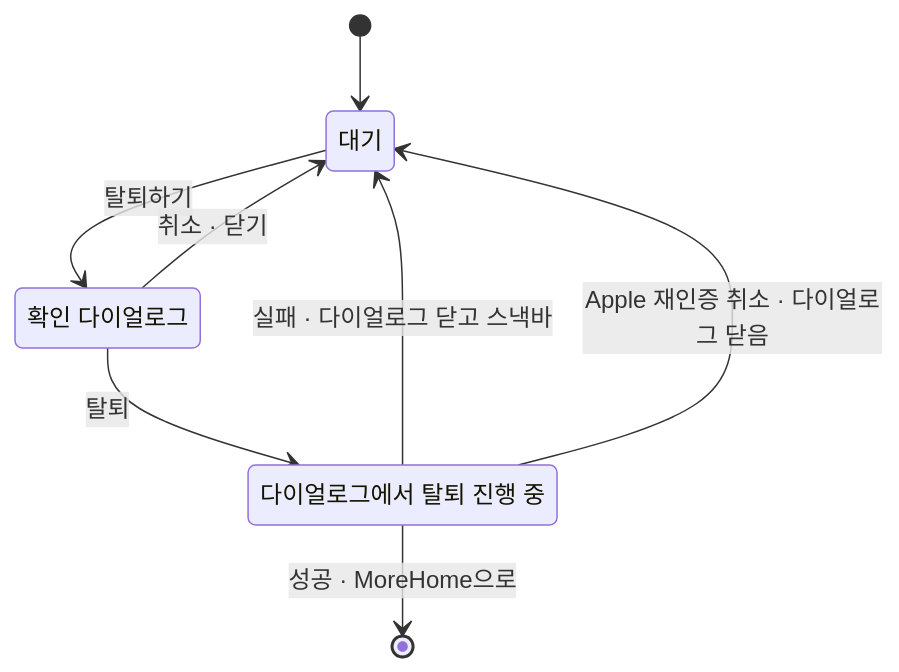
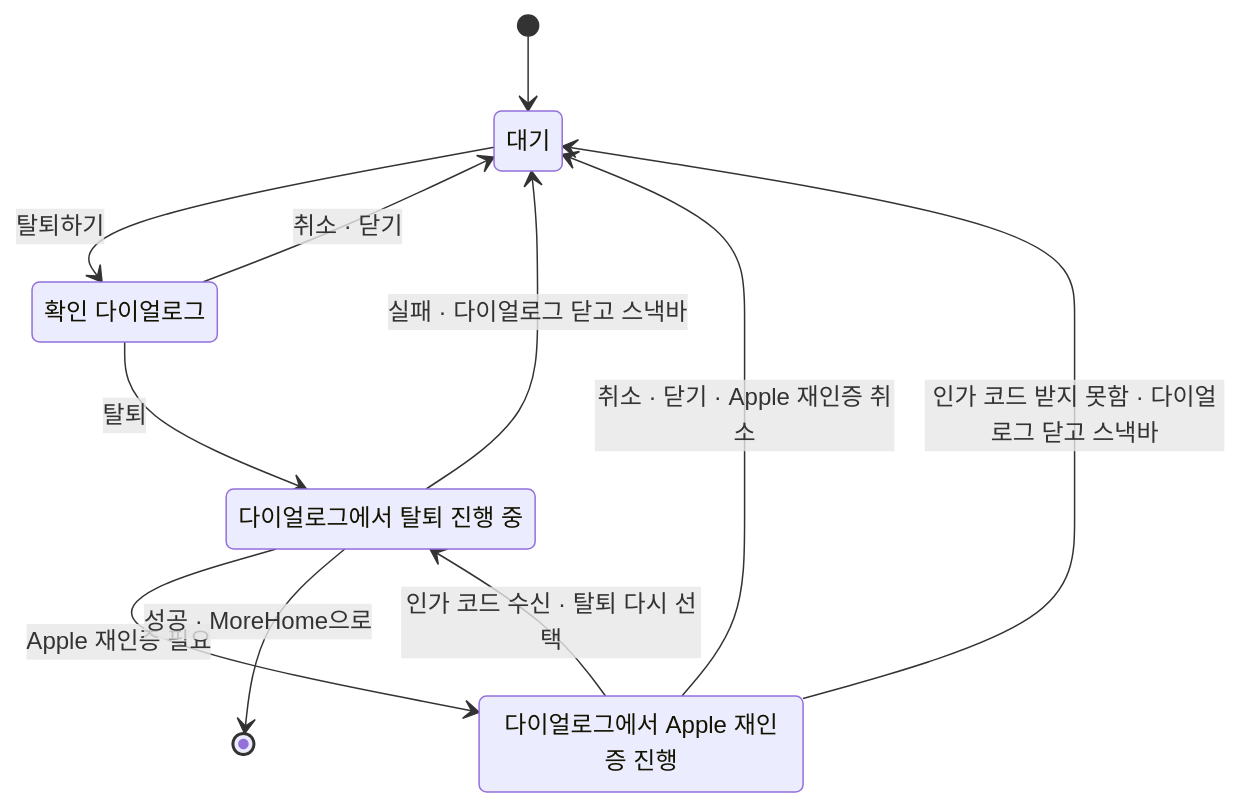
One commit to taetae98coding/DiaryKMP changed the second of 2 diagrams in docs/design/profile.md. Above: the diagram before and after it, drawn with Mermaid. The commit also changed other lines of this file and 109 other files, not shown here.

````diff
--- a/docs/design/profile.md
+++ b/docs/design/profile.md
@@ -52,13 +52,17 @@
 ```mermaid
 stateDiagram-v2
     Idle: 대기
     Dialog: 확인 다이얼로그
     Progress: 다이얼로그에서 탈퇴 진행 중
+    Reauth: 다이얼로그에서 Apple 재인증 진행
     [*] --> Idle
     Idle --> Dialog: 탈퇴하기
     Dialog --> Idle: 취소 · 닫기
     Dialog --> Progress: 탈퇴
     Progress --> Idle: 실패 · 다이얼로그 닫고 스낵바
-    Progress --> Idle: Apple 재인증 취소 · 다이얼로그 닫음
+    Progress --> Reauth: Apple 재인증 필요
+    Reauth --> Progress: 인가 코드 수신 · 탈퇴 다시 선택
+    Reauth --> Idle: 취소 · 닫기 · Apple 재인증 취소
+    Reauth --> Idle: 인가 코드 받지 못함 · 다이얼로그 닫고 스낵바
     Progress --> [*]: 성공 · MoreHome으로
 ```
````
